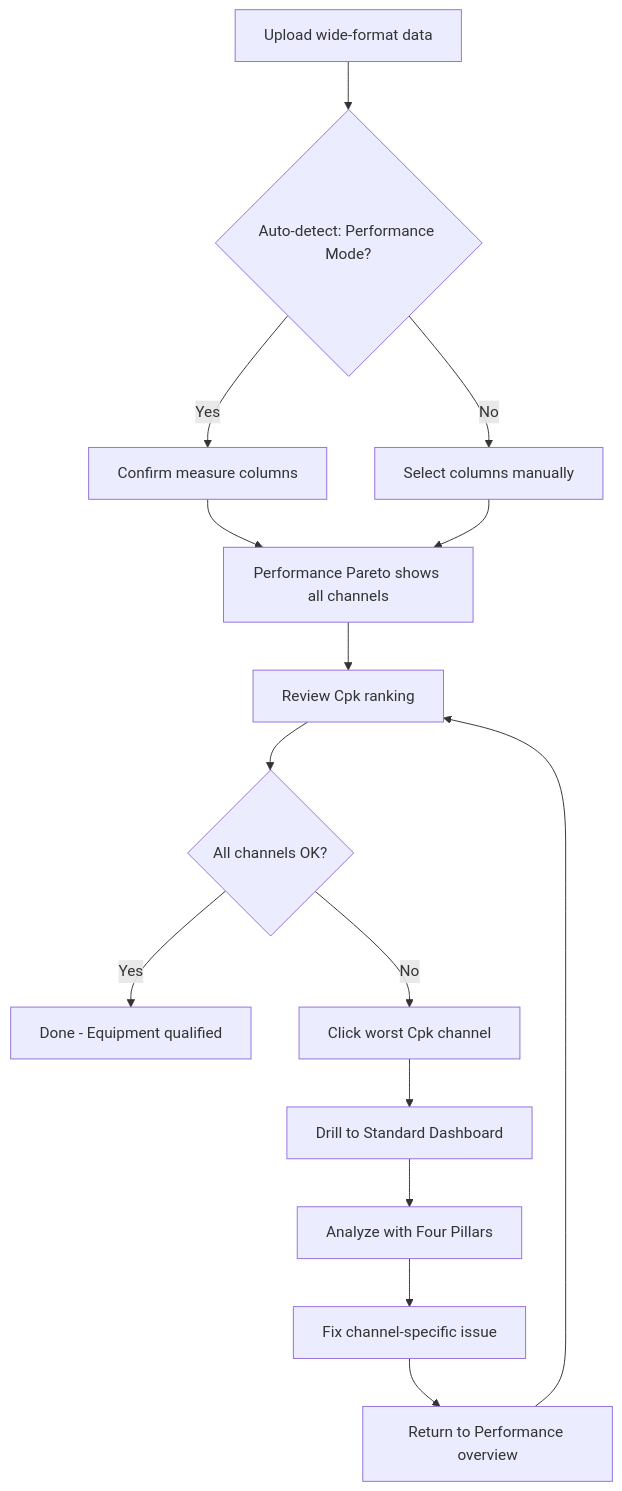
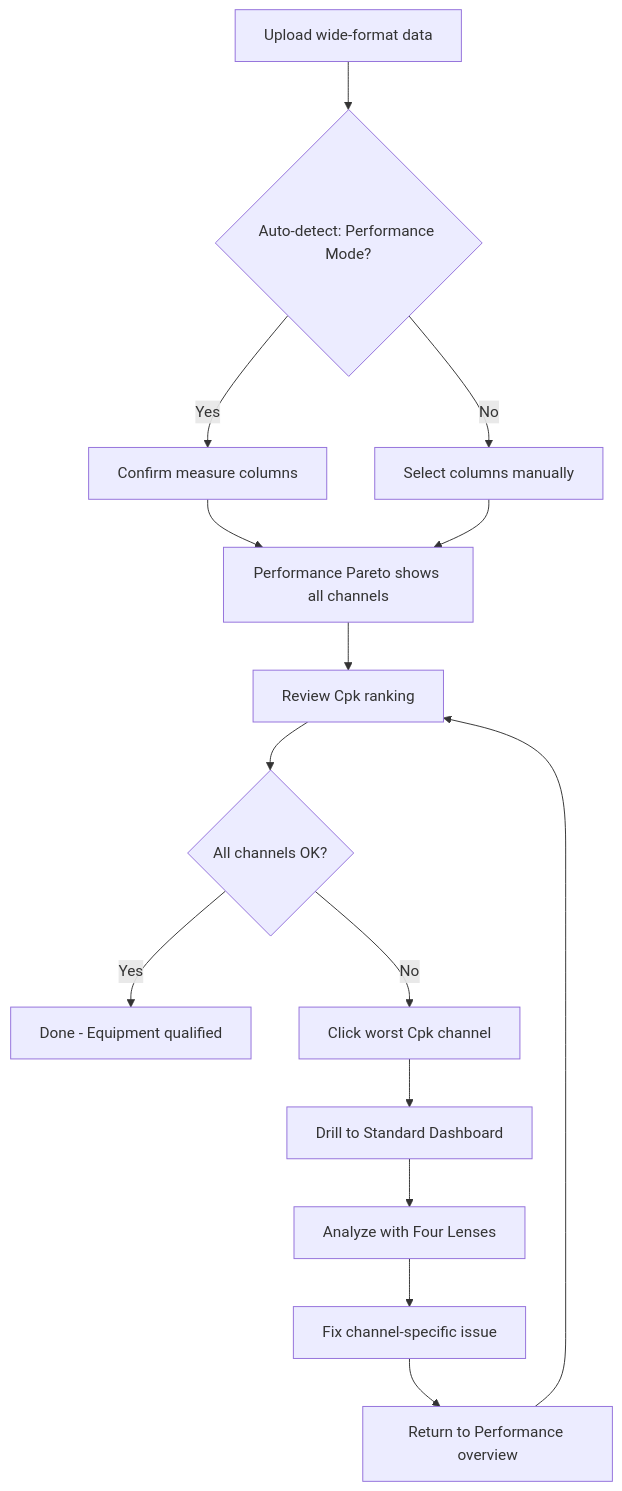
One commit to jukka-matti/variscout changed the diagram in docs/03-features/workflows/performance-mode-workflow.md. Above: the diagram before and after it, drawn with Mermaid. The commit also changed other lines of this file and 60 other files, not shown here.

First line of the commit message:
refactor: rename Four Pillars to Four Lenses across docs, website, and config

````diff
--- a/docs/03-features/workflows/performance-mode-workflow.md
+++ b/docs/03-features/workflows/performance-mode-workflow.md
@@ -29,17 +29,17 @@
 ```mermaid
 flowchart TD
     A[Upload wide-format data] --> B{Auto-detect: Performance Mode?}
     B -->|"Yes"| C[Confirm measure columns]
     B -->|"No"| D[Select columns manually]
     C --> E[Performance Pareto shows all channels]
     D --> E
     E --> F[Review Cpk ranking]
     F --> G{All channels OK?}
     G -->|"Yes"| H[Done - Equipment qualified]
     G -->|"No"| I[Click worst Cpk channel]
     I --> J[Drill to Standard Dashboard]
-    J --> K[Analyze with Four Pillars]
+    J --> K[Analyze with Four Lenses]
     K --> L[Fix channel-specific issue]
     L --> M[Return to Performance overview]
     M --> F
 ```
````
